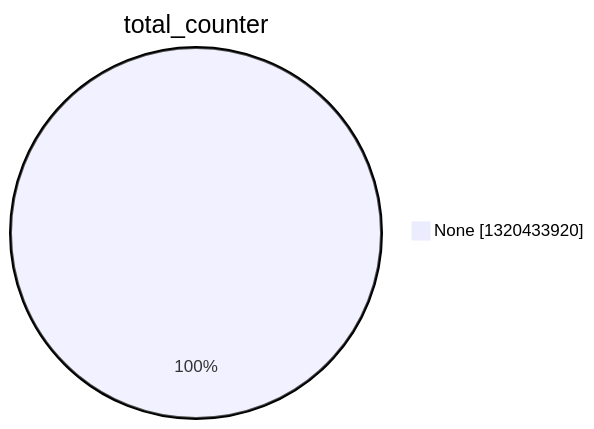
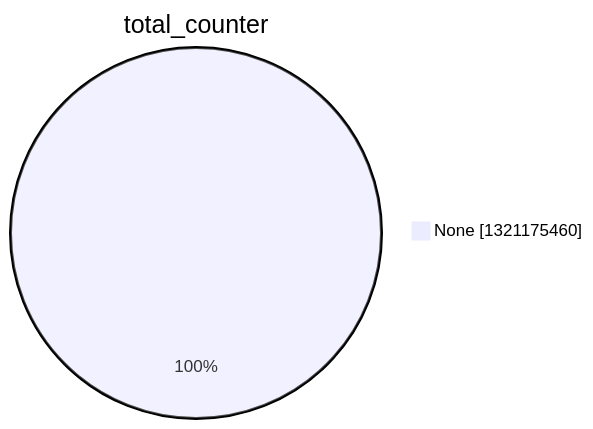
Before and after one commit to christiankrug/ctmonitor_visualization: the second of 15 diagrams in argon2022/README.md, drawn with Mermaid. The commit also changed other lines of this file, not shown here.

````diff
--- a/argon2022/README.md
+++ b/argon2022/README.md
@@ -9,5 +9,5 @@
 ```mermaid
 pie showData
 title total_counter
-"None" :1320433920
+"None" :1321175460
 ```
````
